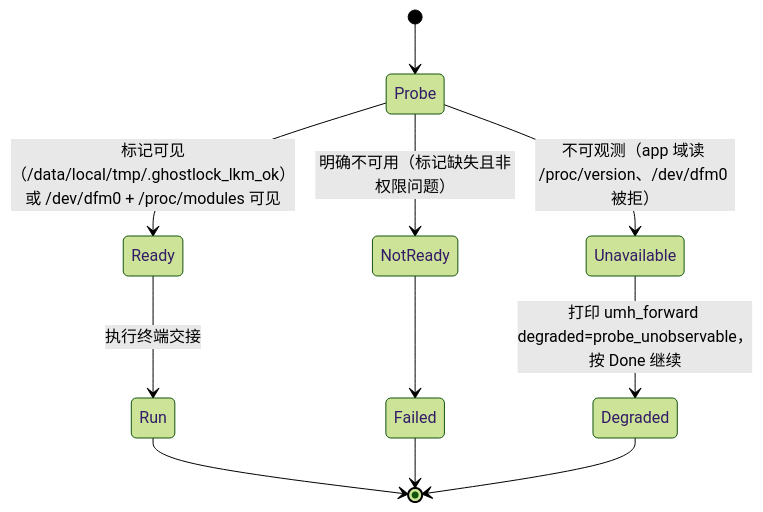
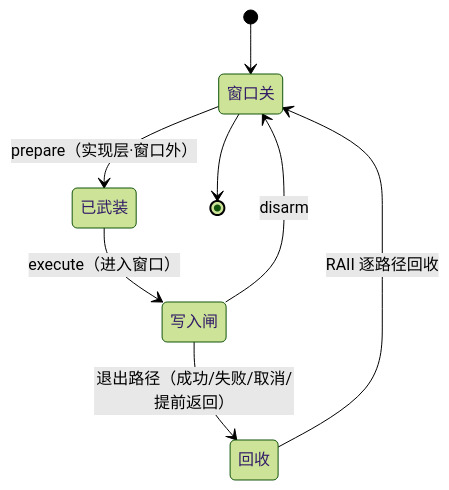
Before and after one commit to YuKongA/ghostlock-app: the fourth of 10 diagrams in docs/development/full-process-uml.md, drawn with Mermaid (forest theme). The commit also changed other lines of this file and 4 other files, not shown here.

````diff
--- a/docs/development/full-process-uml.md
+++ b/docs/development/full-process-uml.md
@@ -202,13 +66,10 @@
 ```mermaid
 stateDiagram-v2
-  [*] --> Probe
-  Probe --> Ready : 标记可见（/data/local/tmp/.ghostlock_lkm_ok）或 /dev/dfm0 + /proc/modules 可见
-  Probe --> NotReady : 明确不可用（标记缺失且非权限问题）
-  Probe --> Unavailable : 不可观测（app 域读 /proc/version、/dev/dfm0 被拒）
-  Ready --> Run : 执行终端交接
-  NotReady --> Failed
-  Unavailable --> Degraded : 打印 umh_forward degraded=probe_unobservable，按 Done 继续
-  Run --> [*]
-  Failed --> [*]
-  Degraded --> [*]
+  [*] --> 窗口关
+  窗口关 --> 已武装: prepare（实现层·窗口外）
+  已武装 --> 写入闸: execute（进入窗口）
+  写入闸 --> 窗口关: disarm
+  写入闸 --> 回收: 退出路径（成功/失败/取消/提前返回）
+  回收 --> 窗口关: RAII 逐路径回收
+  窗口关 --> [*]
 ```
````
